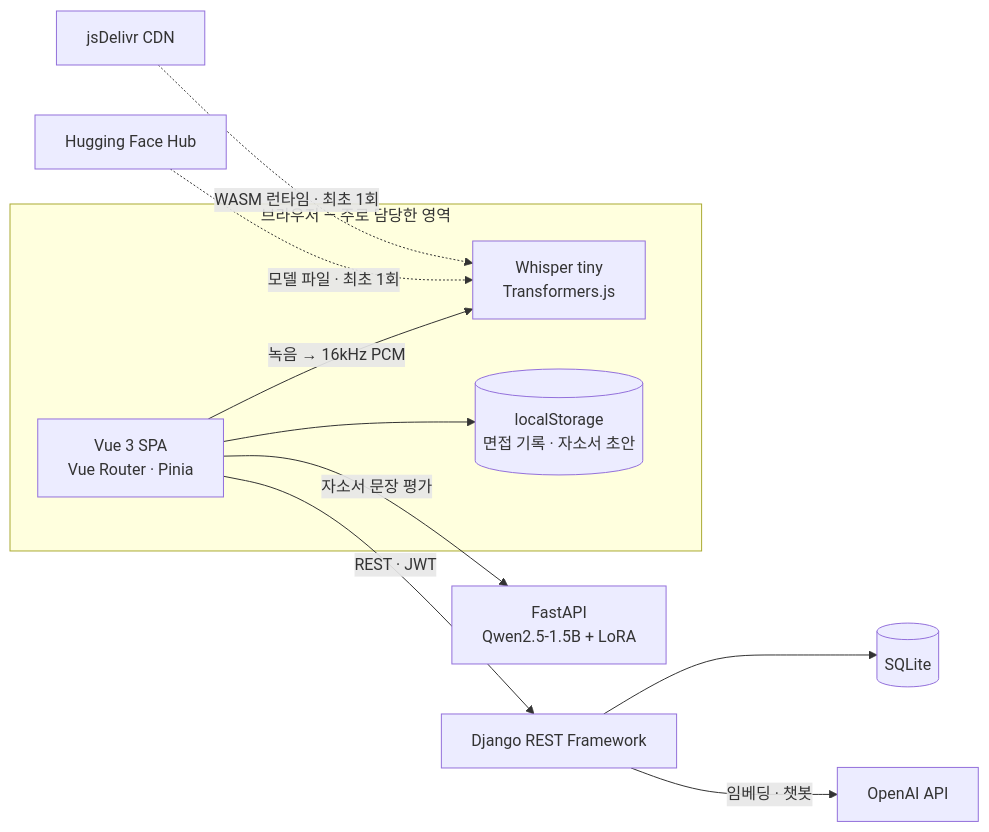
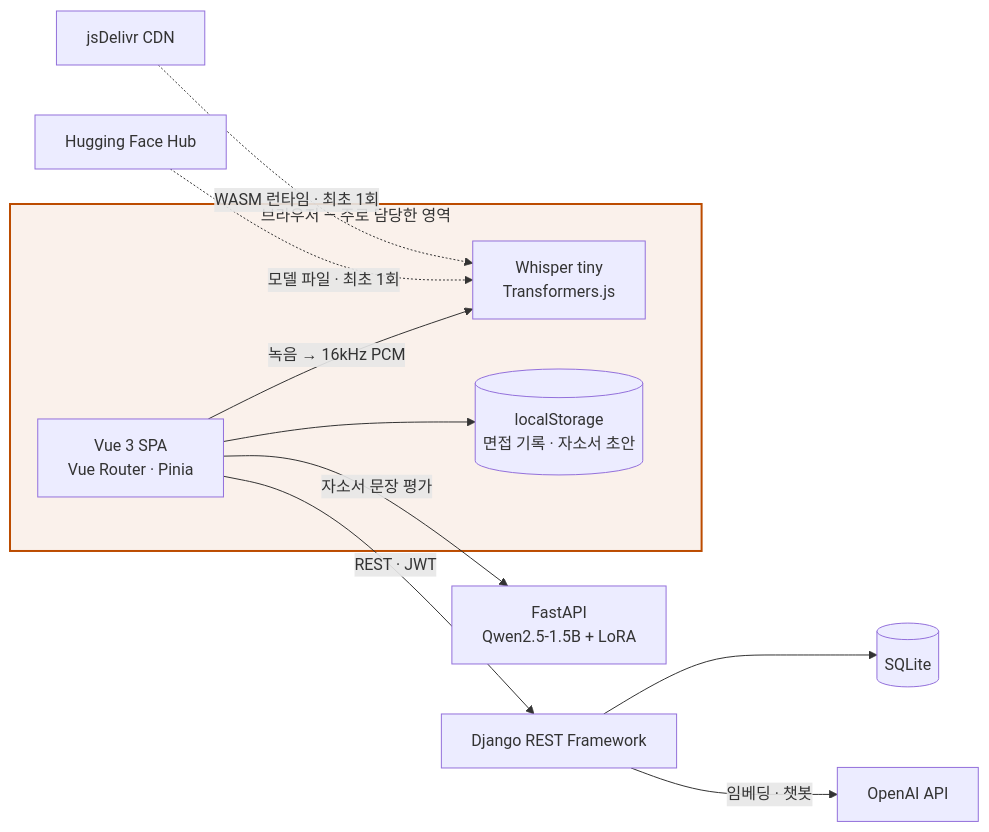
One commit to handongin1500/handongin1500 changed the third of 3 diagrams in README.md. Above: the diagram before and after it, drawn with Mermaid. The commit also changed other lines of this file and 8 other files, not shown here.

````diff
--- a/README.md
+++ b/README.md
@@ -364,16 +368,17 @@
 ```mermaid
 flowchart LR
   subgraph Browser["브라우저 — 주로 담당한 영역"]
     UI["Vue 3 SPA<br/>Vue Router · Pinia"]
     STT["Whisper tiny<br/>Transformers.js"]
     LS[("localStorage<br/>면접 기록 · 자소서 초안")]
     UI -->|"녹음 → 16kHz PCM"| STT
     UI --> LS
   end
   HF["Hugging Face Hub"] -.->|"모델 파일 · 최초 1회"| STT
   CDN["jsDelivr CDN"] -.->|"WASM 런타임 · 최초 1회"| STT
   UI -->|"REST · JWT"| DRF["Django REST Framework"]
   UI -->|"자소서 문장 평가"| EVAL["FastAPI<br/>Qwen2.5-1.5B + LoRA"]
   DRF --> DB[("SQLite")]
   DRF -->|"임베딩 · 챗봇"| GPT["OpenAI API"]
+  style Browser fill:#BC4C0014,stroke:#BC4C00,stroke-width:2px
 ```
````
